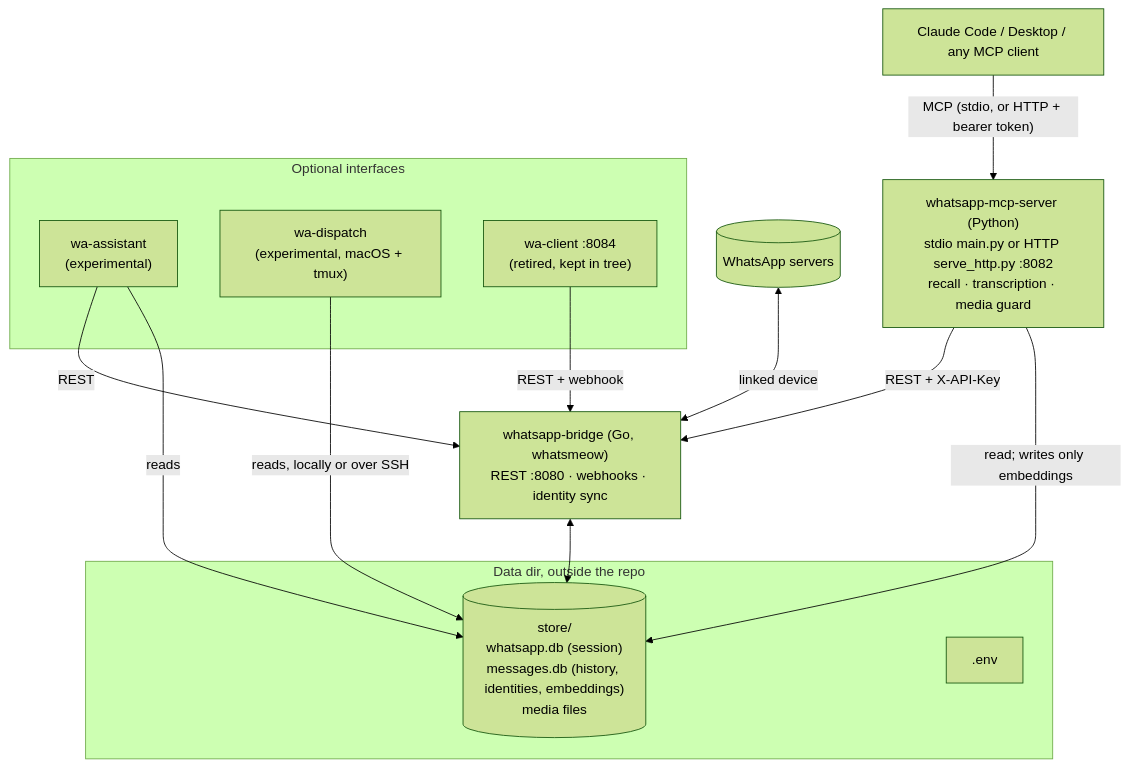
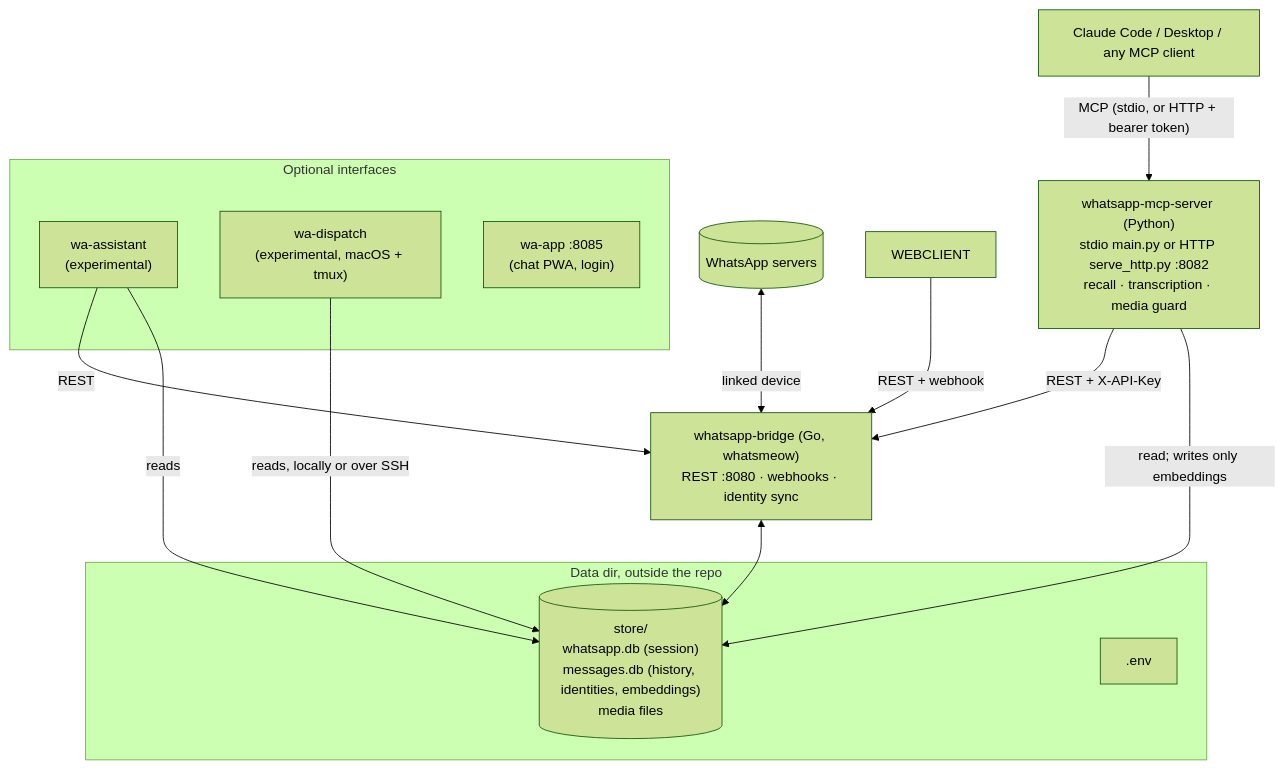
One commit to simonseifert/whatsapp-mcp-pro changed the diagram in ARCHITECTURE.md. Above: the diagram before and after it, drawn with Mermaid (forest theme). The commit also changed other lines of this file and 27 other files, not shown here.

Commit message:
chore: retire wa-client, document wa-app

````diff
--- a/ARCHITECTURE.md
+++ b/ARCHITECTURE.md
@@ -18,29 +18,29 @@
 ```mermaid
 flowchart TB
     WA[(WhatsApp servers)]
 
     subgraph data["Data dir, outside the repo"]
         STORE[("store/<br/>whatsapp.db (session)<br/>messages.db (history, identities, embeddings)<br/>media files")]
         ENV[".env"]
     end
 
     BRIDGE["whatsapp-bridge (Go, whatsmeow)<br/>REST :8080 · webhooks · identity sync"]
     MCP["whatsapp-mcp-server (Python)<br/>stdio main.py or HTTP serve_http.py :8082<br/>recall · transcription · media guard"]
     CLIENTS["Claude Code / Desktop / any MCP client"]
 
     subgraph optional["Optional interfaces"]
         ASSIST["wa-assistant<br/>(experimental)"]
         DISPATCH["wa-dispatch<br/>(experimental, macOS + tmux)"]
-        WEBCLIENT["wa-client :8084<br/>(retired, kept in tree)"]
+        WEBAPP["wa-app :8085<br/>(chat PWA, login)"]
     end
 
     WA <-->|linked device| BRIDGE
     BRIDGE <--> STORE
     MCP -->|REST + X-API-Key| BRIDGE
     MCP -->|read; writes only embeddings| STORE
     CLIENTS -->|"MCP (stdio, or HTTP + bearer token)"| MCP
     ASSIST -->|REST| BRIDGE
     ASSIST -->|reads| STORE
     DISPATCH -->|reads, locally or over SSH| STORE
     WEBCLIENT -->|REST + webhook| BRIDGE
 ```
````
